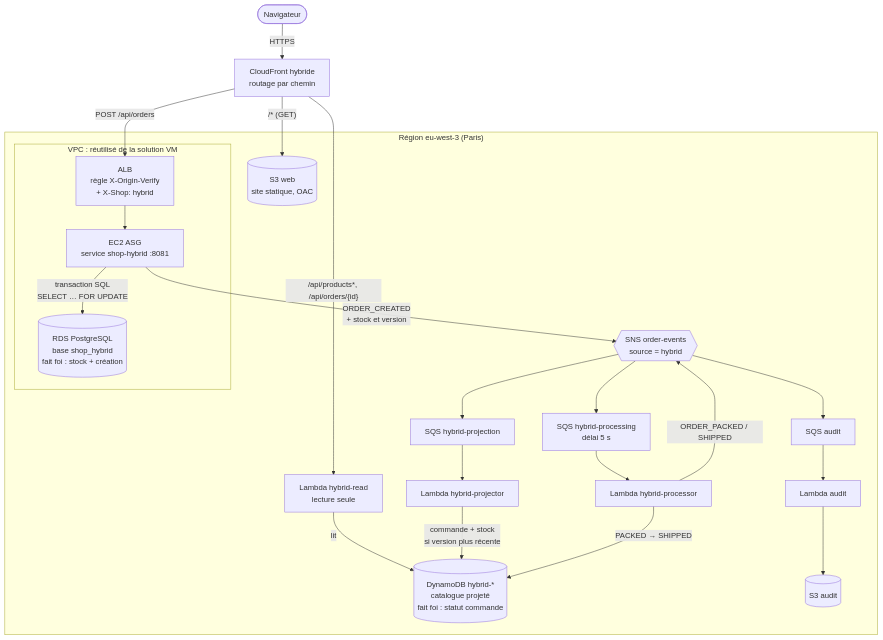
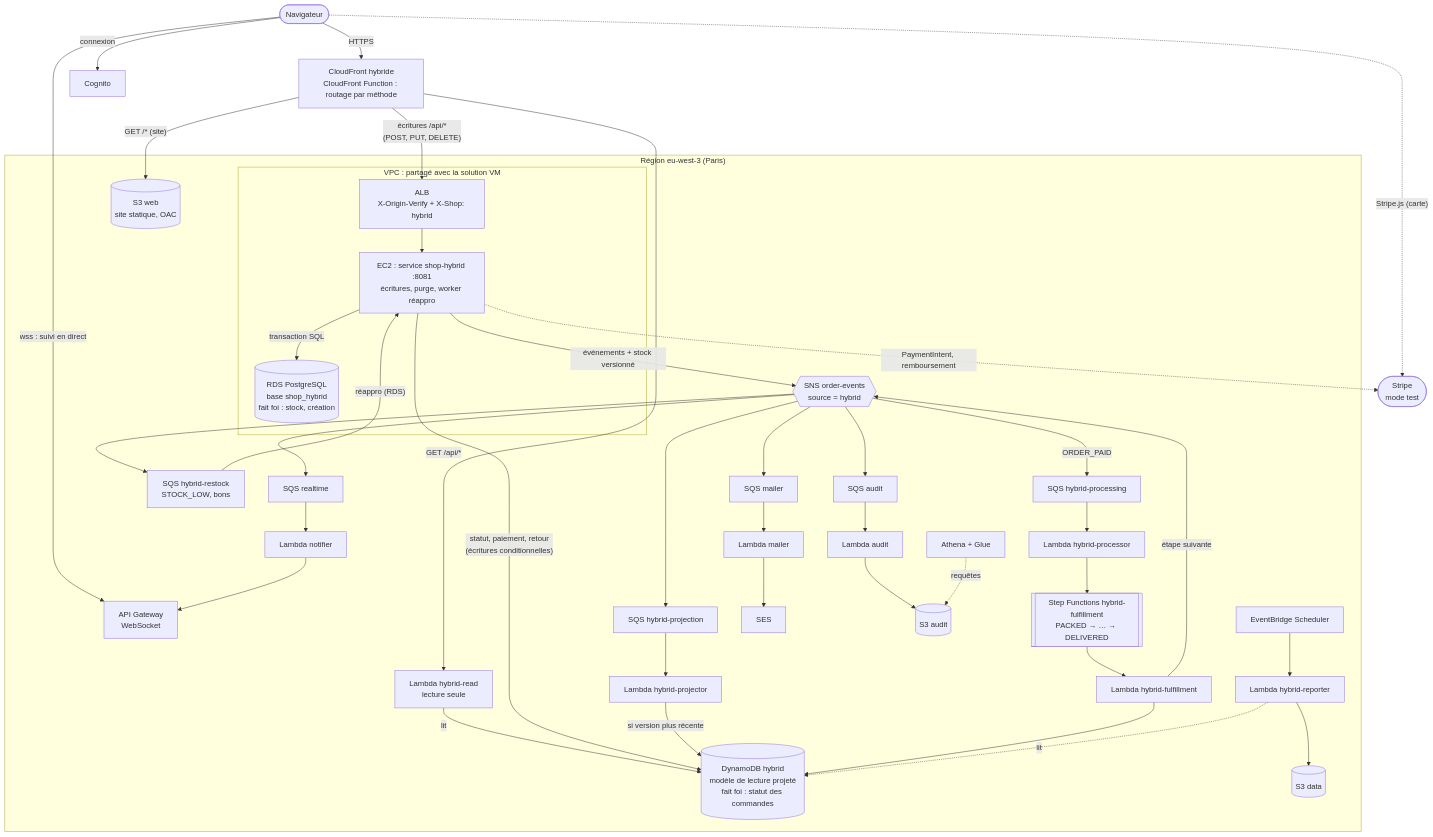
Before and after one commit to Baptiste1202/aws_project: the diagram in docs/architecture/hybrid.mmd, drawn with Mermaid. The commit also changed 151 other files, not shown here.

First line of the commit message:
Fonctionnalités complètes des trois solutions : stock, comptes, paiement Stripe, livraison, retours, pilotage, tests et rapport final

```diff
--- a/docs/architecture/hybrid.mmd
+++ b/docs/architecture/hybrid.mmd
@@ -1,28 +1,42 @@
 flowchart TB
-  user([Navigateur]) -- HTTPS --> cf[CloudFront hybride<br/>routage par chemin]
+  user([Navigateur]) -- HTTPS --> cf[CloudFront hybride<br/>CloudFront Function : routage par méthode]
+  user -. "Stripe.js (carte)" .-> stripe([Stripe<br/>mode test])
+  user -- "wss : suivi en direct" --> ws[API Gateway<br/>WebSocket]
+  user -- "connexion" --> cognito[Cognito]
   subgraph region["Région eu-west-3 (Paris)"]
     s3web[(S3 web<br/>site statique, OAC)]
     read[Lambda hybrid-read<br/>lecture seule]
-    subgraph vpc["VPC : réutilisé de la solution VM"]
-      alb[ALB<br/>règle X-Origin-Verify<br/>+ X-Shop: hybrid]
-      ec2[EC2 ASG<br/>service shop-hybrid :8081]
-      rds[(RDS PostgreSQL<br/>base shop_hybrid<br/>fait foi : stock + création)]
+    subgraph vpc["VPC : partagé avec la solution VM"]
+      alb[ALB<br/>X-Origin-Verify + X-Shop: hybrid]
+      ec2["EC2 : service shop-hybrid :8081<br/>écritures, purge, worker réappro"]
+      rds[(RDS PostgreSQL<br/>base shop_hybrid<br/>fait foi : stock, création)]
     end
-    ddb[(DynamoDB hybrid-*<br/>catalogue projeté<br/>fait foi : statut commande)]
+    ddb[(DynamoDB hybrid<br/>modèle de lecture projeté<br/>fait foi : statut des commandes)]
     sns{{SNS order-events<br/>source = hybrid}}
-    qproj[SQS hybrid-projection]
-    qproc[SQS hybrid-processing<br/>délai 5 s]
-    proj[Lambda hybrid-projector]
-    proc[Lambda hybrid-processor]
+    qproj[SQS hybrid-projection] --> proj[Lambda hybrid-projector]
+    qproc[SQS hybrid-processing] --> proc[Lambda hybrid-processor]
+    sfn[[Step Functions hybrid-fulfillment<br/>PACKED → … → DELIVERED]]
+    ful[Lambda hybrid-fulfillment]
+    qrest[SQS hybrid-restock<br/>STOCK_LOW, bons]
+    sched[EventBridge Scheduler] --> rep[Lambda hybrid-reporter] --> s3data[(S3 data)]
+    qmail[SQS mailer] --> mailer[Lambda mailer] --> ses[SES]
+    qrt[SQS realtime] --> notif[Lambda notifier] --> ws
     qaud[SQS audit] --> aud[Lambda audit] --> s3audit[(S3 audit)]
+    athena[Athena + Glue]
   end
-  cf -- "/* (GET)" --> s3web
-  cf -- "/api/products*, /api/orders/{id}" --> read
-  cf -- "POST /api/orders" --> alb --> ec2
-  ec2 -- "transaction SQL<br/>SELECT … FOR UPDATE" --> rds
-  ec2 -- "ORDER_CREATED<br/>+ stock et version" --> sns
-  read -- lit --> ddb
-  sns --> qproj --> proj -- "commande + stock<br/>si version plus récente" --> ddb
-  sns --> qproc --> proc -- "PACKED → SHIPPED" --> ddb
-  proc -- "ORDER_PACKED / SHIPPED" --> sns
-  sns --> qaud
+  cf -- "écritures /api/*<br/>(POST, PUT, DELETE)" --> alb --> ec2
+  cf -- "GET /api/*" --> read -- lit --> ddb
+  cf -- "GET /* (site)" --> s3web
+  ec2 -- "transaction SQL" --> rds
+  ec2 -- "statut, paiement, retour<br/>(écritures conditionnelles)" --> ddb
+  ec2 -. "PaymentIntent, remboursement" .-> stripe
+  ec2 -- "événements + stock versionné" --> sns
+  sns --> qproj
+  proj -- "si version plus récente" --> ddb
+  sns -- ORDER_PAID --> qproc
+  proc --> sfn --> ful --> ddb
+  ful -- "étape suivante" --> sns
+  sns --> qrest -- "réappro (RDS)" --> ec2
+  rep -. lit .-> ddb
+  sns --> qmail & qrt & qaud
+  athena -. requêtes .-> s3audit
```
